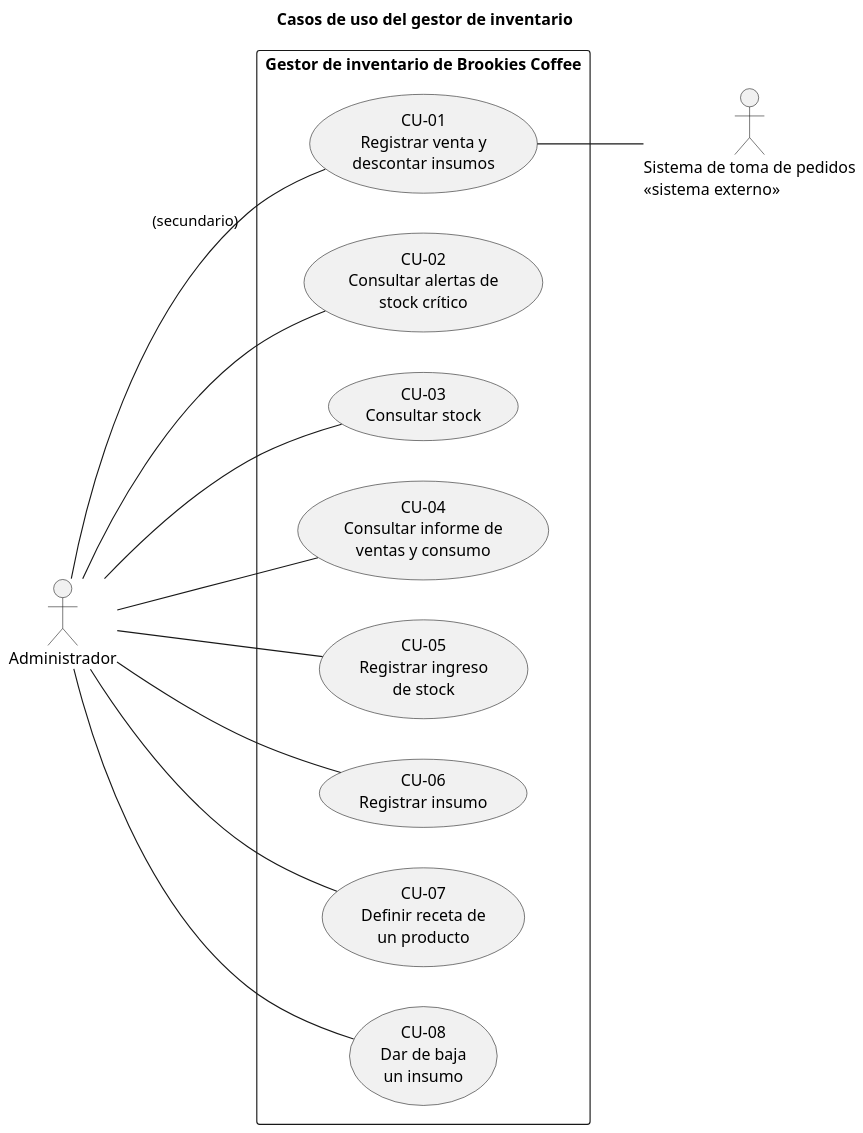
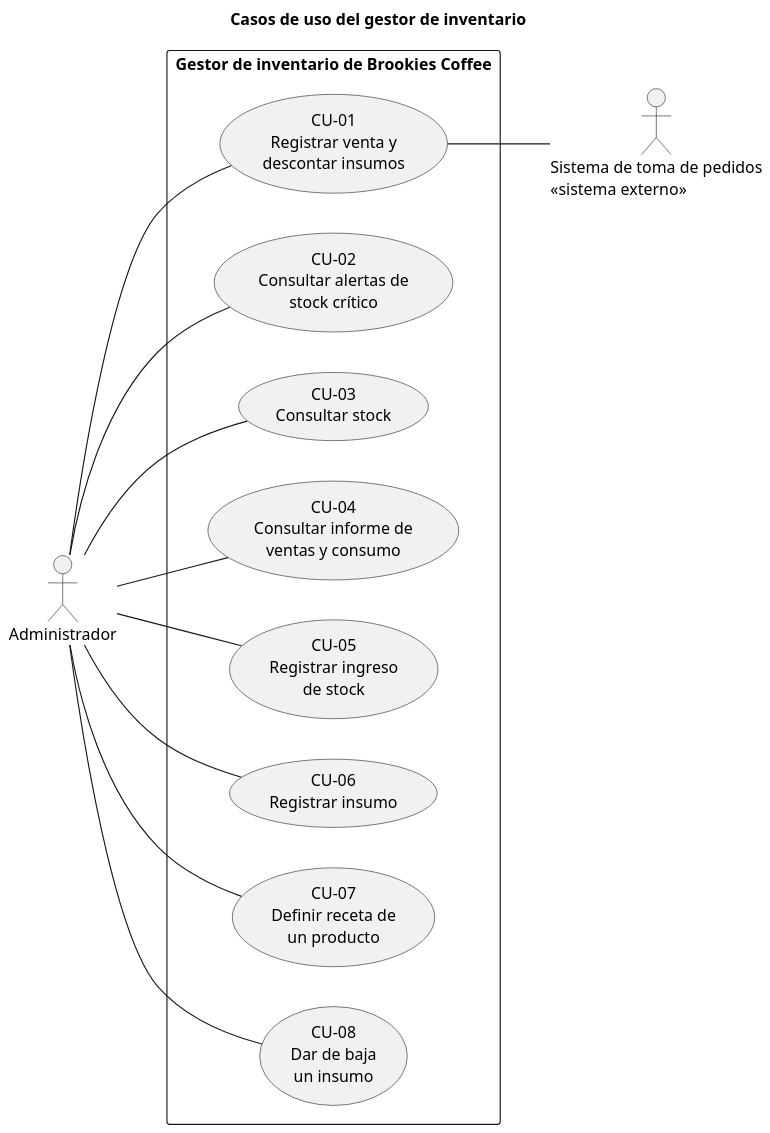
The diagram in diagramas/casos-de-uso.puml (lambtto/Gestor-Inventario-Brookie), drawn with PlantUML before and after one commit. The commit also changed 16 other files, not shown here.

```diff
--- a/diagramas/casos-de-uso.puml
+++ b/diagramas/casos-de-uso.puml
@@ -1,28 +1,28 @@
 @startuml casos-de-uso
 title Casos de uso del gestor de inventario
 skinparam dpi 140
 left to right direction
 actor "Administrador" as Adm
 actor "Sistema de toma de pedidos\n<<sistema externo>>" as SP
 
 rectangle "Gestor de inventario de Brookies Coffee" {
   usecase "CU-01\nRegistrar venta y\ndescontar insumos" as CU01
   usecase "CU-02\nConsultar alertas de\nstock crítico" as CU02
   usecase "CU-03\nConsultar stock" as CU03
   usecase "CU-04\nConsultar informe de\nventas y consumo" as CU04
   usecase "CU-05\nRegistrar ingreso\nde stock" as CU05
   usecase "CU-06\nRegistrar insumo" as CU06
   usecase "CU-07\nDefinir receta de\nun producto" as CU07
   usecase "CU-08\nDar de baja\nun insumo" as CU08
 }
 
-Adm -- CU01 : (secundario)
+Adm -- CU01
 Adm -- CU02
 Adm -- CU03
 Adm -- CU04
 Adm -- CU05
 Adm -- CU06
 Adm -- CU07
 Adm -- CU08
 CU01 -- SP
 @enduml
```
